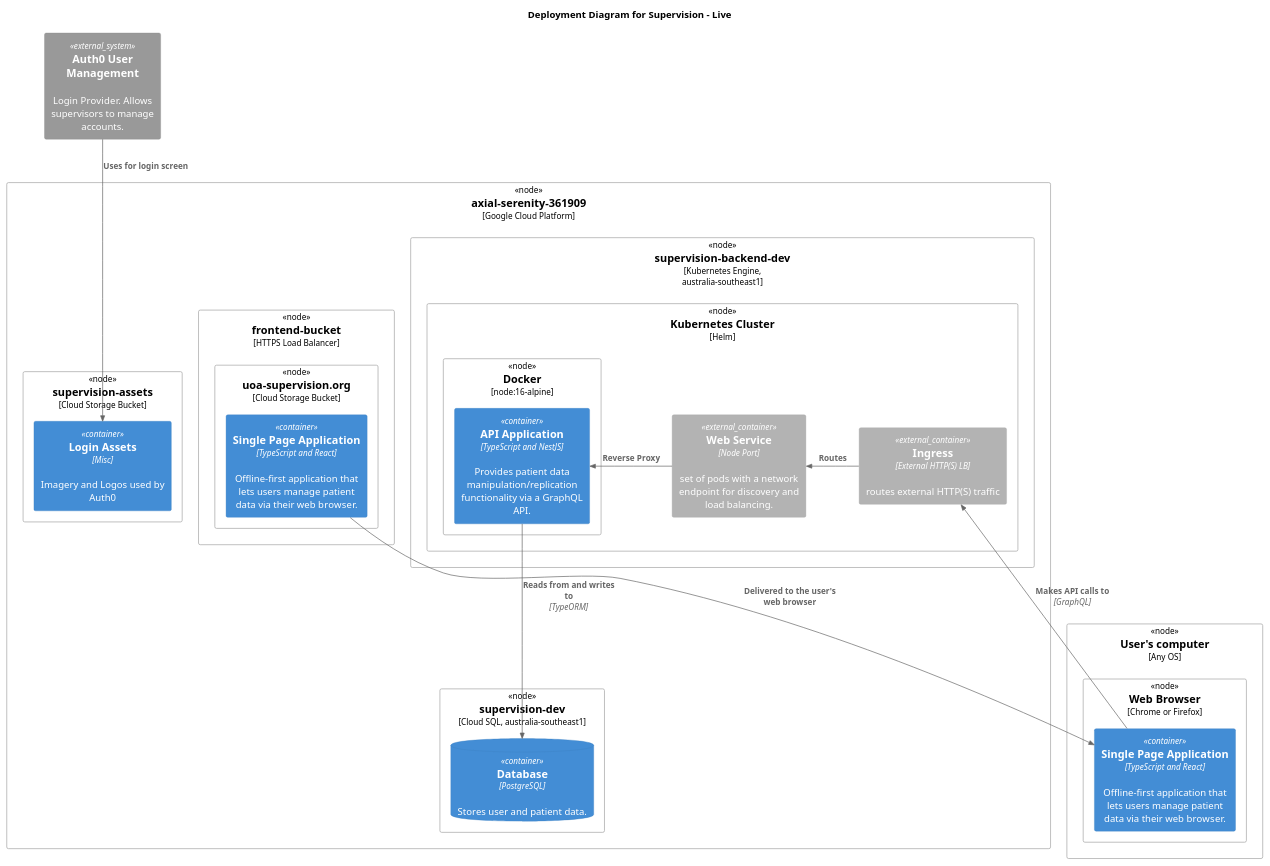
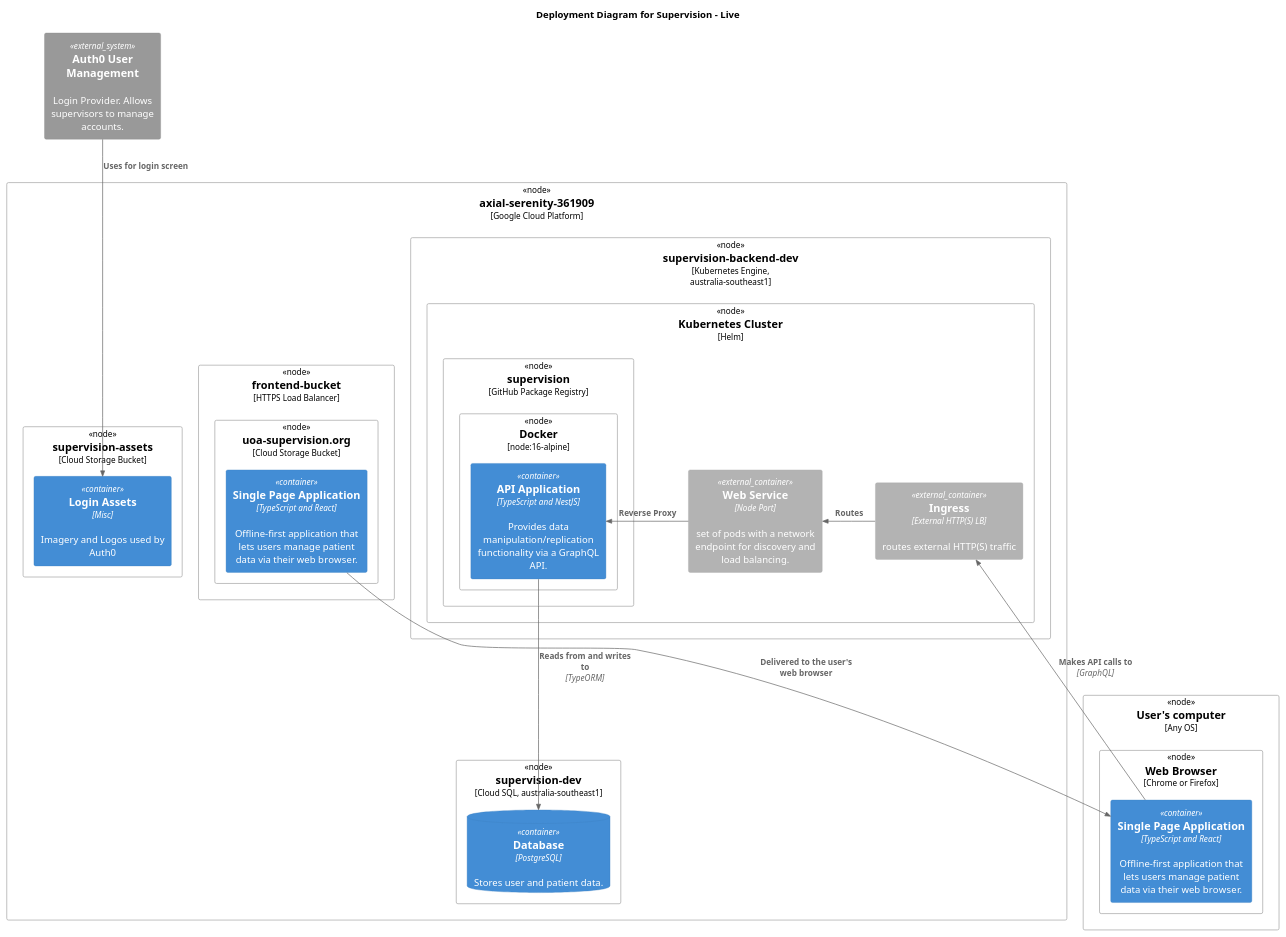
The diagram in apps/c4-diagram/src/Deployment/deployment.puml (University-of-Auckland-SOFTENG761/supervision), drawn with PlantUML before and after one commit. The commit also changed 10 other files, not shown here.

```diff
--- a/apps/c4-diagram/src/Deployment/deployment.puml
+++ b/apps/c4-diagram/src/Deployment/deployment.puml
@@ -1,53 +1,55 @@
 @startuml
 !include https://raw.githubusercontent.com/adrianvlupu/C4-PlantUML/latest/C4_Deployment.puml
 
 title Deployment Diagram for Supervision - Live
 
 Deployment_Node(gcp, axial-serenity-361909, "Google Cloud Platform"){
 
   Deployment_Node(dn_api, supervision-backend-dev, "Kubernetes Engine, australia-southeast1"){
     Deployment_Node(k8s, Kubernetes Cluster, Helm){
-      Deployment_Node(docker, Docker, node:16-alpine){
-        Container(api, "API Application", "TypeScript and NestJS", "Provides patient data manipulation/replication functionality via a GraphQL API.")
+      Deployment_Node(ghr, supervision, GitHub Package Registry){
+        Deployment_Node(docker, Docker, node:16-alpine){
+          Container(api, "API Application", "TypeScript and NestJS", "Provides data manipulation/replication functionality via a GraphQL API.")
+        }
       }
 
       Container_Ext(ingress, Ingress, "External HTTP(S) LB", routes external HTTP(S) traffic)
       Container_Ext(webserv, Web Service, "Node Port", set of pods with a network endpoint for discovery and load balancing.)
 
       Rel_L(ingress, webserv, Routes)
       Rel_L(webserv, api, Reverse Proxy)
     }
   }
 
   Deployment_Node(frontentlb, frontend-bucket, HTTPS Load Balancer){
     Deployment_Node(gcs_1, uoa-supervision.org, "Cloud Storage Bucket"){
       Container(spa, "Single Page Application", "TypeScript and React", "Offline-first application that lets users manage patient data via their web browser.")
     }
   }
 
   Deployment_Node(gcs_2, supervision-assets, "Cloud Storage Bucket"){
     Container(assets, "Login Assets", "Misc", "Imagery and Logos used by Auth0")
   }
 
   Deployment_Node(gcp_db, supervision-dev, "Cloud SQL, australia-southeast1") {
     ContainerDb(db, "Database", "PostgreSQL", "Stores user and patient data.")
   }
 
 
 
 }
 
 Deployment_Node(computer, "User's computer", "Any OS"){
   Deployment_Node(browser, "Web Browser", "Chrome or Firefox") {
     Container(spa_deployed, "Single Page Application", "TypeScript and React", "Offline-first application that lets users manage patient data via their web browser.")
   }
 }
 
 System_Ext(auth0, "Auth0 User Management", "Login Provider. Allows supervisors to manage accounts.")
 
 Rel(spa, spa_deployed, "Delivered to the user's web browser")
 Rel(spa_deployed, ingress, "Makes API calls to", GraphQL)
 Rel(auth0, assets, Uses for login screen)
 Rel(api, db, Reads from and writes to, TypeORM)
 
 @enduml
```
